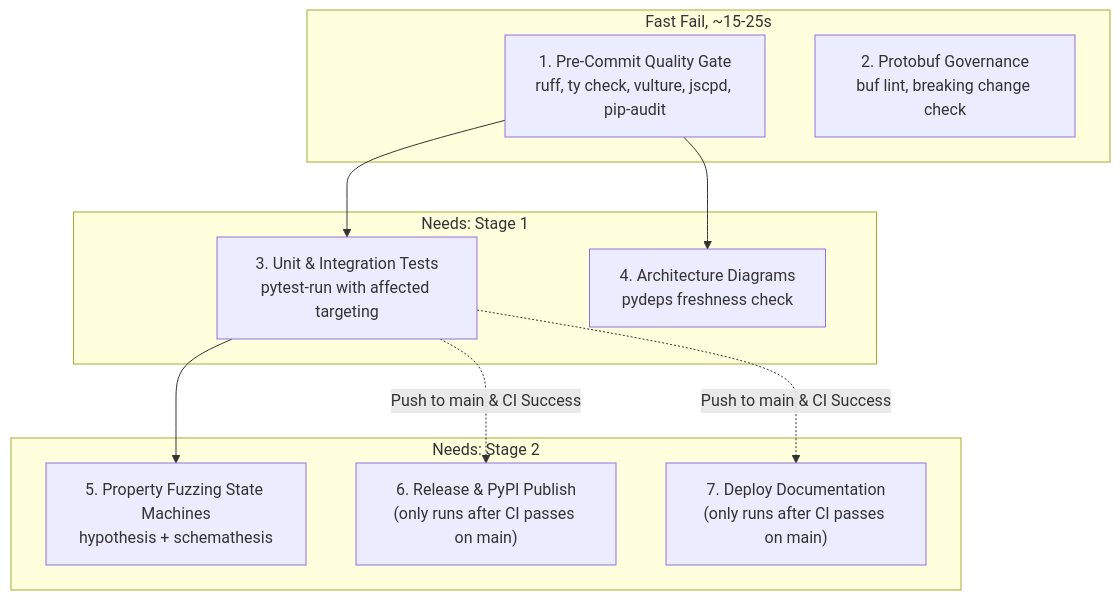
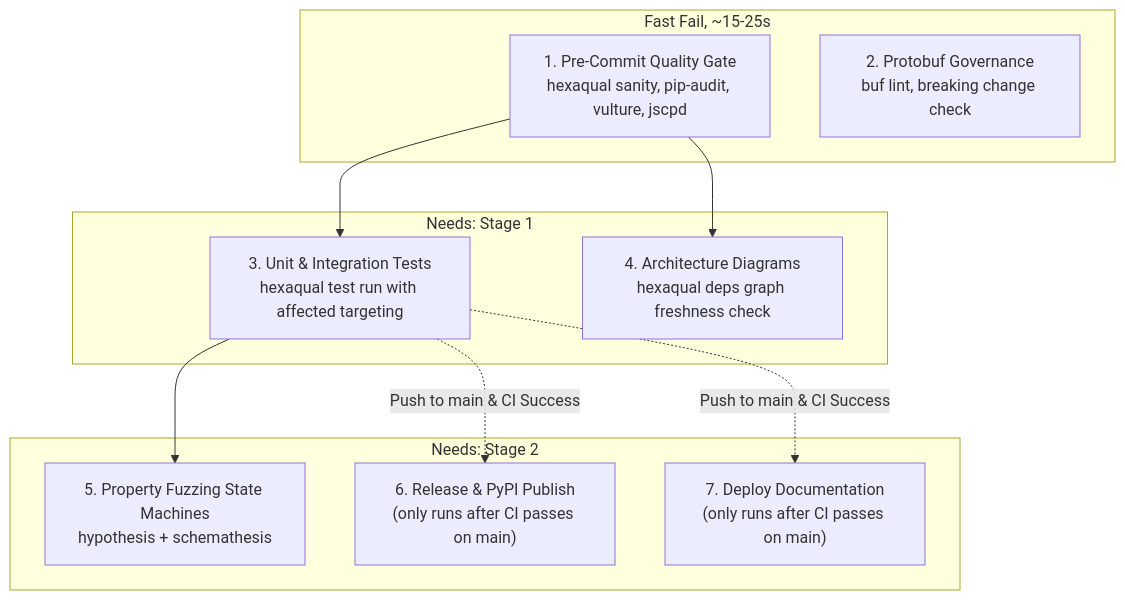
Before and after one commit to TheTrueSCU/hexastack: the fourth of 5 diagrams in README.md, drawn with Mermaid. The commit also changed other lines of this file and 8 other files, not shown here.

````diff
--- a/README.md
+++ b/README.md
@@ -457,24 +457,24 @@
 ```mermaid
 graph TD
     subgraph Stage 1: Quality Gate & Governance [Fast Fail, ~15-25s]
-        QG["1. Pre-Commit Quality Gate<br/>ruff, ty check, vulture, jscpd, pip-audit"]
+        QG["1. Pre-Commit Quality Gate<br/>hexaqual sanity, pip-audit, vulture, jscpd"]
         BUF["2. Protobuf Governance<br/>buf lint, breaking change check"]
     end
 
     subgraph Stage 2: Verification & Diagrams [Needs: Stage 1]
-        TEST["3. Unit & Integration Tests<br/>pytest-run with affected targeting"]
-        DIAG["4. Architecture Diagrams<br/>pydeps freshness check"]
+        TEST["3. Unit & Integration Tests<br/>hexaqual test run with affected targeting"]
+        DIAG["4. Architecture Diagrams<br/>hexaqual deps graph freshness check"]
     end
 
     subgraph Stage 3: Deep Fuzzing & Releases [Needs: Stage 2]
         FUZZ["5. Property Fuzzing State Machines<br/>hypothesis + schemathesis"]
         REL["6. Release & PyPI Publish<br/>(only runs after CI passes on main)"]
         DOCS["7. Deploy Documentation<br/>(only runs after CI passes on main)"]
     end
 
     QG --> TEST
     QG --> DIAG
     TEST --> FUZZ
     TEST -.->|Push to main & CI Success| REL
     TEST -.->|Push to main & CI Success| DOCS
 ```
````
